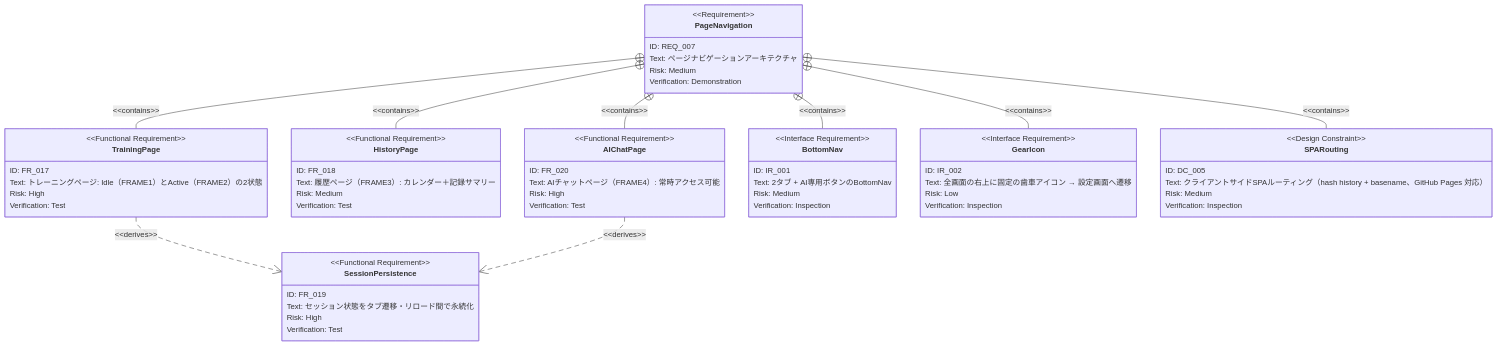
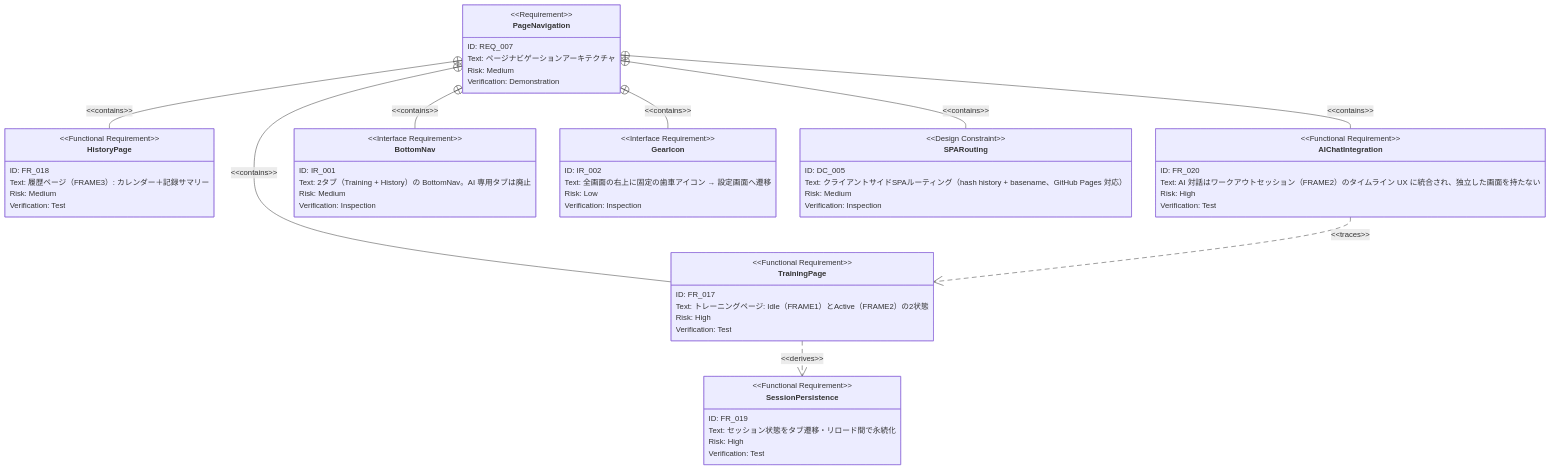
One commit to SakumaTakuya/gymini changed the second of 2 diagrams in docs/prd/navigation.md. Above: the diagram before and after it, drawn with Mermaid. The commit also changed other lines of this file and 9 other files, not shown here.

````diff
--- a/docs/prd/navigation.md
+++ b/docs/prd/navigation.md
@@ -65,68 +64,68 @@
 ```mermaid
 requirementDiagram
     requirement PageNavigation {
         id: REQ_007
         text: "ページナビゲーションアーキテクチャ"
         risk: medium
         verifymethod: demonstration
     }
 
     functionalRequirement TrainingPage {
         id: FR_017
         text: "トレーニングページ: Idle（FRAME1）とActive（FRAME2）の2状態"
         risk: high
         verifymethod: test
     }
 
     functionalRequirement HistoryPage {
         id: FR_018
         text: "履歴ページ（FRAME3）: カレンダー＋記録サマリー"
         risk: medium
         verifymethod: test
     }
 
     functionalRequirement SessionPersistence {
         id: FR_019
         text: "セッション状態をタブ遷移・リロード間で永続化"
         risk: high
         verifymethod: test
     }
 
-    functionalRequirement AIChatPage {
+    functionalRequirement AIChatIntegration {
         id: FR_020
-        text: "AIチャットページ（FRAME4）: 常時アクセス可能"
+        text: "AI 対話はワークアウトセッション（FRAME2）のタイムライン UX に統合され、独立した画面を持たない"
         risk: high
         verifymethod: test
     }
 
     interfaceRequirement BottomNav {
         id: IR_001
-        text: "2タブ + AI専用ボタンのBottomNav"
+        text: "2タブ（Training + History）の BottomNav。AI 専用タブは廃止"
         risk: medium
         verifymethod: inspection
     }
 
     interfaceRequirement GearIcon {
         id: IR_002
         text: "全画面の右上に固定の歯車アイコン → 設定画面へ遷移"
         risk: low
         verifymethod: inspection
     }
 
     designConstraint SPARouting {
         id: DC_005
         text: "クライアントサイドSPAルーティング（hash history + basename、GitHub Pages 対応）"
         risk: medium
         verifymethod: inspection
     }
 
     PageNavigation - contains -> TrainingPage
     PageNavigation - contains -> HistoryPage
-    PageNavigation - contains -> AIChatPage
+    PageNavigation - contains -> AIChatIntegration
     PageNavigation - contains -> BottomNav
     PageNavigation - contains -> GearIcon
     PageNavigation - contains -> SPARouting
 
     TrainingPage - derives -> SessionPersistence
-    AIChatPage - derives -> SessionPersistence
+    AIChatIntegration - traces -> TrainingPage
 ```
````
